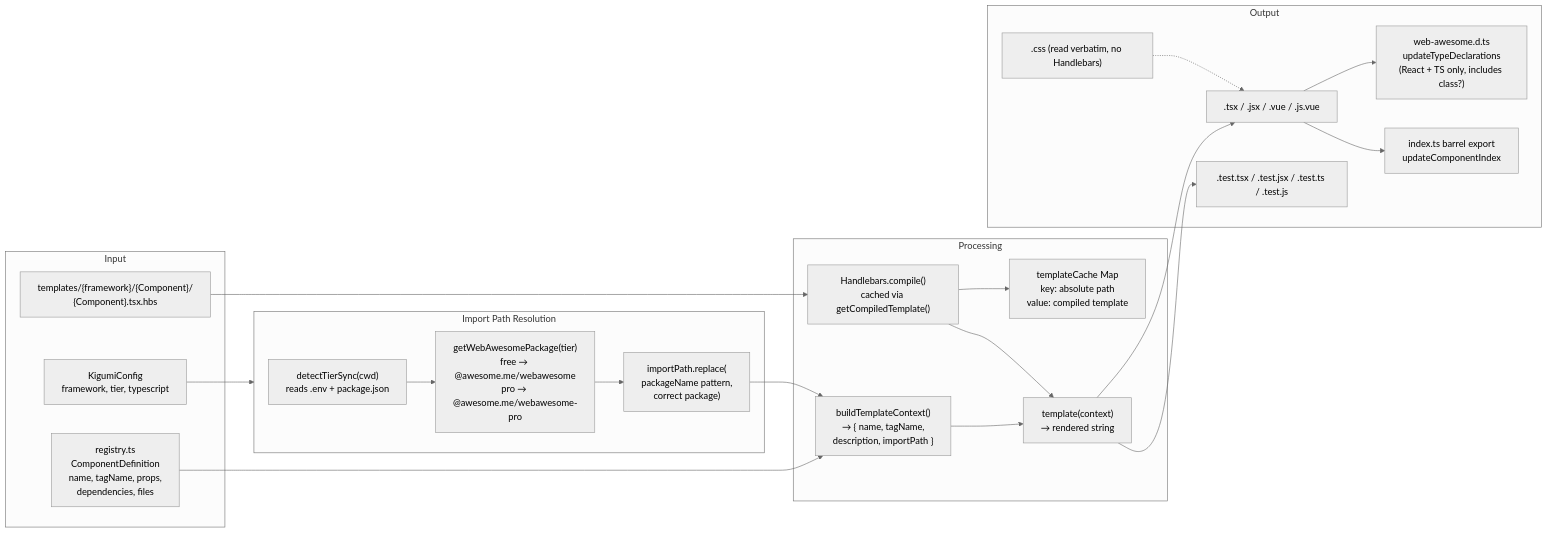
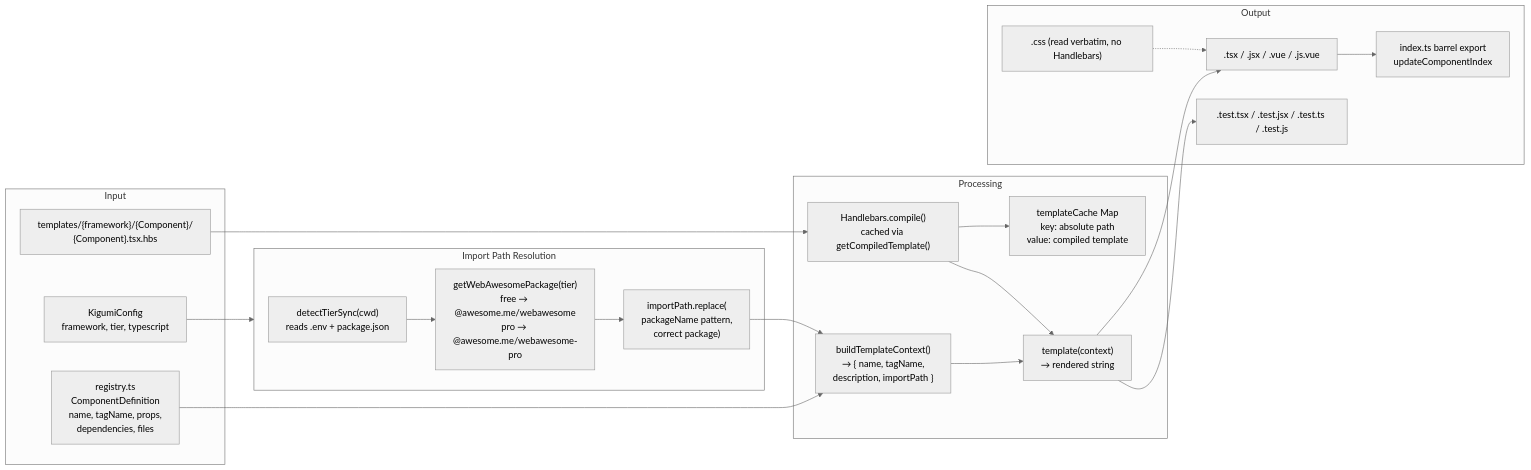
The third of 4 diagrams in AGENTS.md (kigumi-ui/kigumi-cli), drawn with Mermaid (neutral theme) before and after one commit. The commit also changed other lines of this file and 19 other files, not shown here.

First line of the commit message:
fix(types): unify React+TS wa-* declarations on vite-env.d.ts (F-030) (#116)

````diff
--- a/AGENTS.md
+++ b/AGENTS.md
@@ -557,40 +556,39 @@
 ```mermaid
 flowchart LR
     subgraph Input
         HBS["templates/{framework}/{Component}/\n{Component}.tsx.hbs"]
         REG["registry.ts\nComponentDefinition\nname, tagName, props,\ndependencies, files"]
         CFG["KigumiConfig\nframework, tier, typescript"]
     end
 
     subgraph TierResolution["Import Path Resolution"]
         DETECT["detectTierSync(cwd)\nreads .env + package.json"]
         PKG["getWebAwesomePackage(tier)\nfree → @awesome.me/webawesome\npro → @awesome.me/webawesome-pro"]
         REPLACE["importPath.replace(\npackageName pattern,\ncorrect package)"]
     end
 
     subgraph Processing
         CTX["buildTemplateContext()\n→ { name, tagName,\ndescription, importPath }"]
         CACHE["templateCache Map\nkey: absolute path\nvalue: compiled template"]
         COMPILE["Handlebars.compile()\ncached via getCompiledTemplate()"]
         RENDER["template(context)\n→ rendered string"]
     end
 
     subgraph Output
         COMP[".tsx / .jsx / .vue / .js.vue"]
         TEST[".test.tsx / .test.jsx / .test.ts / .test.js"]
         CSS[".css (read verbatim, no Handlebars)"]
-        TYPES["web-awesome.d.ts\nupdateTypeDeclarations\n(React + TS only, includes class?)"]
         INDEX["index.ts barrel export\nupdateComponentIndex"]
     end
 
     REG --> CTX
     CFG --> TierResolution
     DETECT --> PKG --> REPLACE
     REPLACE --> CTX
     CTX --> RENDER
     HBS --> COMPILE --> RENDER
     COMPILE --> CACHE
     RENDER --> COMP & TEST
     CSS -.-> COMP
-    COMP --> TYPES & INDEX
+    COMP --> INDEX
 ```
````
